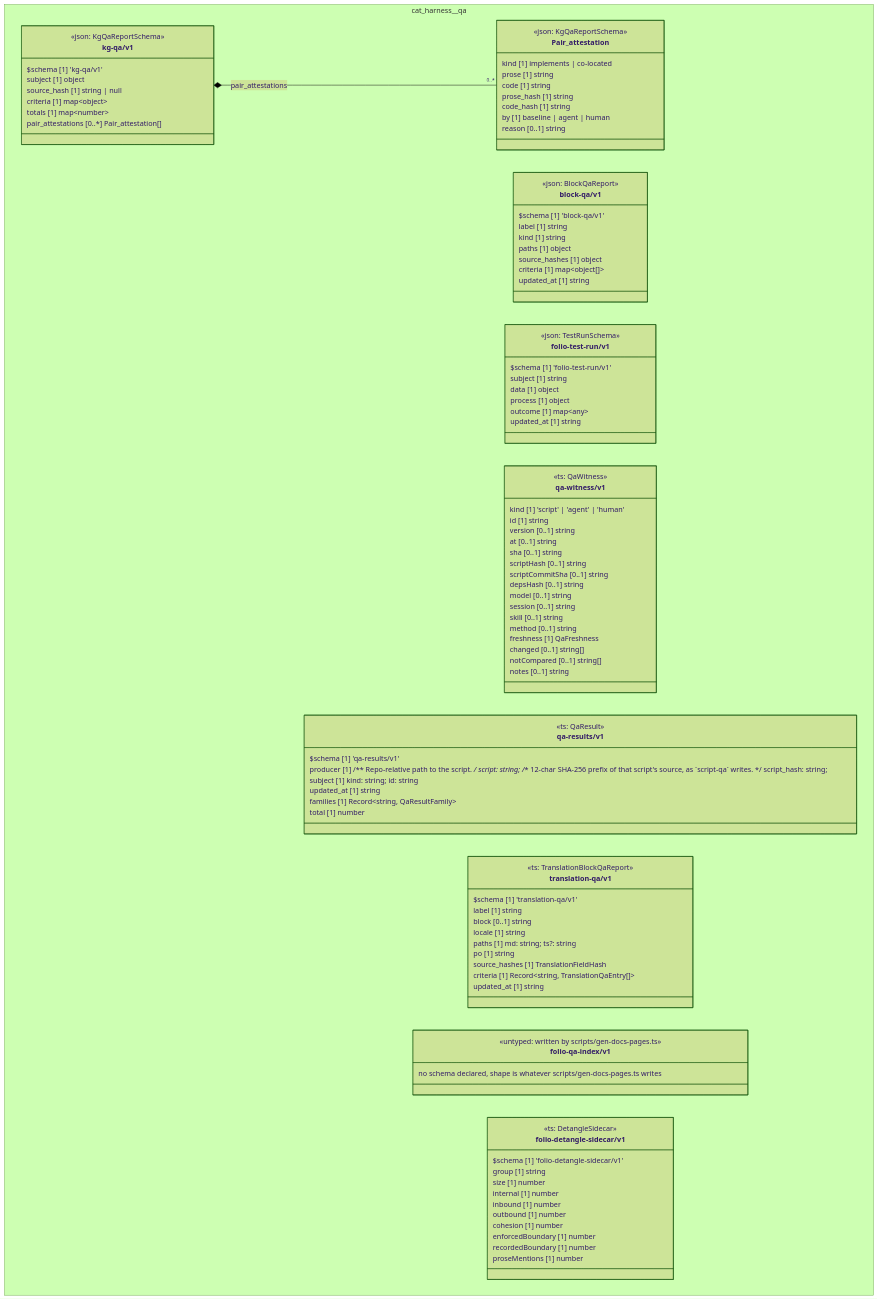
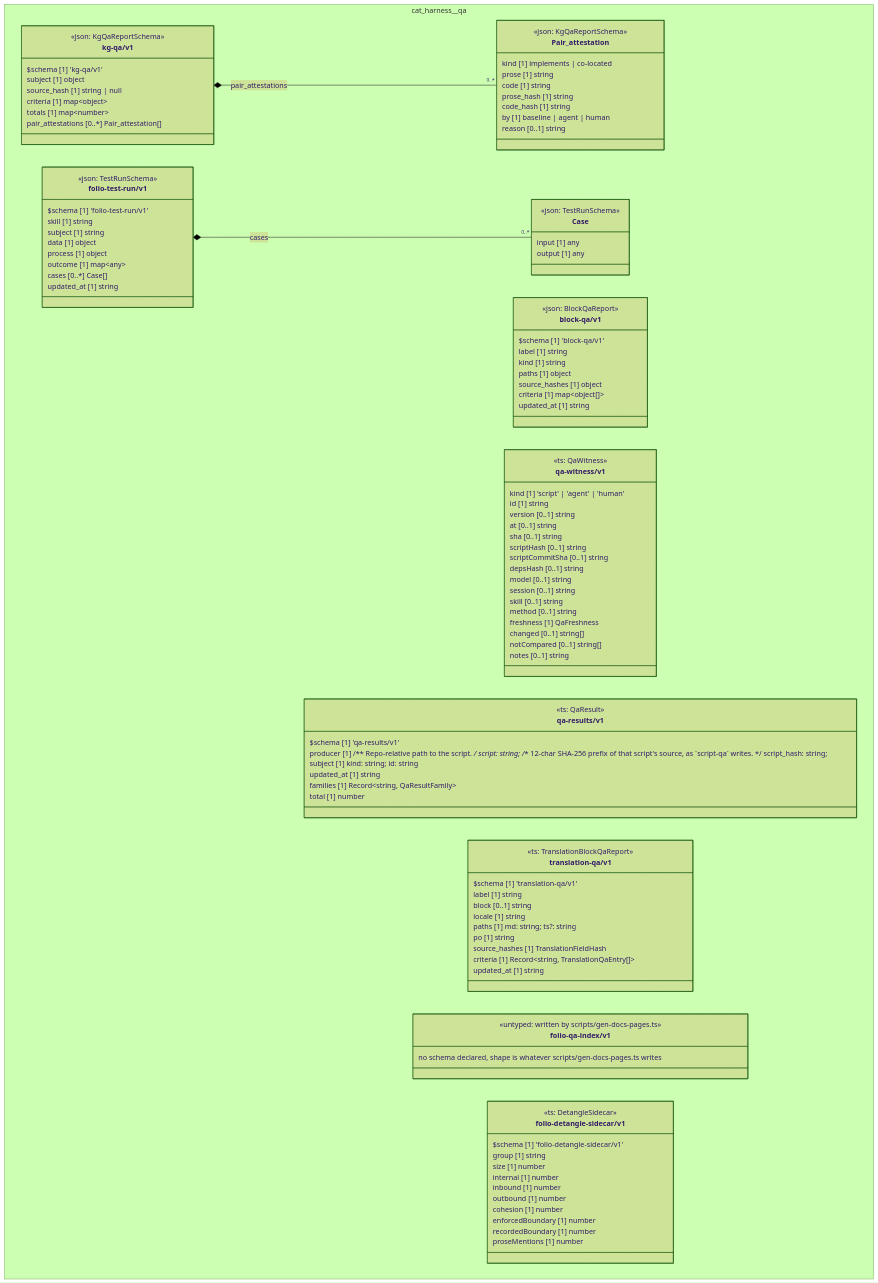
One commit to litlfred/folio-assistant changed the diagram in cat-harness/docs/uml/overview/cat-harness/qa.md. Above: the diagram before and after it, drawn with Mermaid (forest theme). The commit also changed 81 other files, not shown here.

First line of the commit message:
B4 (#1168): a test run names its skill; its cases are checked against the skill's contract

```diff
--- a/cat-harness/docs/uml/overview/cat-harness/qa.md
+++ b/cat-harness/docs/uml/overview/cat-harness/qa.md
@@ -71,13 +71,20 @@
       criteria [1] map~object[]~
       updated_at [1] string
     }
+    class cat_harness_qa_folio_test_run_v1_Case["Case"] {
+      <<json: TestRunSchema>>
+      input [1] any
+      output [1] any
+    }
     class cat_harness_qa_folio_test_run_v1_folio_test_run_v1["folio-test-run/v1"] {
       <<json: TestRunSchema>>
       $schema [1] 'folio-test-run/v1'
+      skill [1] string
       subject [1] string
       data [1] object
       process [1] object
       outcome [1] map~any~
+      cases [0..*] Case[]
       updated_at [1] string
     }
     class cat_harness_qa_qa_witness_v1["qa-witness/v1"] {
@@ -139,9 +146,11 @@
     }
   }
   cat_harness_qa_kg_qa_v1_kg_qa_v1 *-- "0..*" cat_harness_qa_kg_qa_v1_Pair_attestation : pair_attestations
+  cat_harness_qa_folio_test_run_v1_folio_test_run_v1 *-- "0..*" cat_harness_qa_folio_test_run_v1_Case : cases
   cssClass "cat_harness_qa_kg_qa_v1_Pair_attestation" fa_uml_kind_qa
   cssClass "cat_harness_qa_kg_qa_v1_kg_qa_v1" fa_uml_kind_qa
   cssClass "cat_harness_qa_block_qa_v1_block_qa_v1" fa_uml_kind_qa
+  cssClass "cat_harness_qa_folio_test_run_v1_Case" fa_uml_kind_qa
   cssClass "cat_harness_qa_folio_test_run_v1_folio_test_run_v1" fa_uml_kind_qa
   cssClass "cat_harness_qa_qa_witness_v1" fa_uml_kind_qa
   cssClass "cat_harness_qa_qa_results_v1" fa_uml_kind_qa
```
